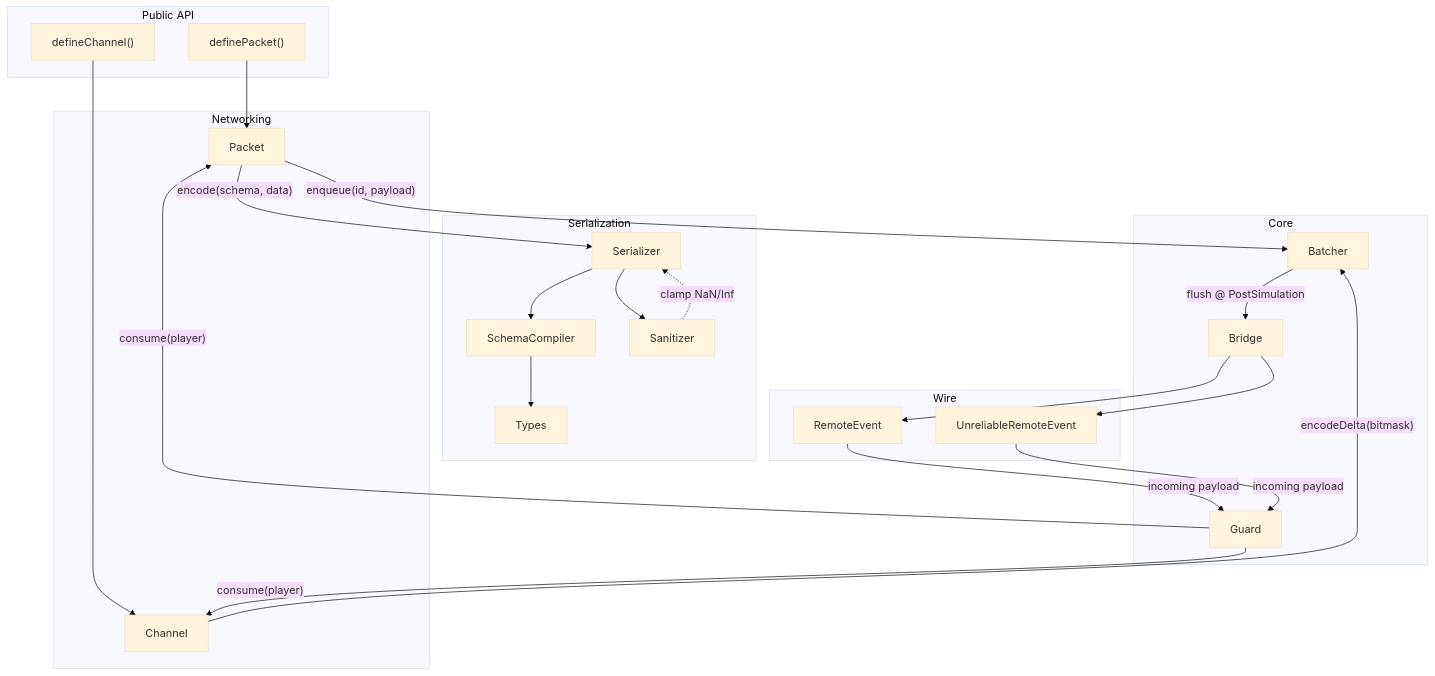
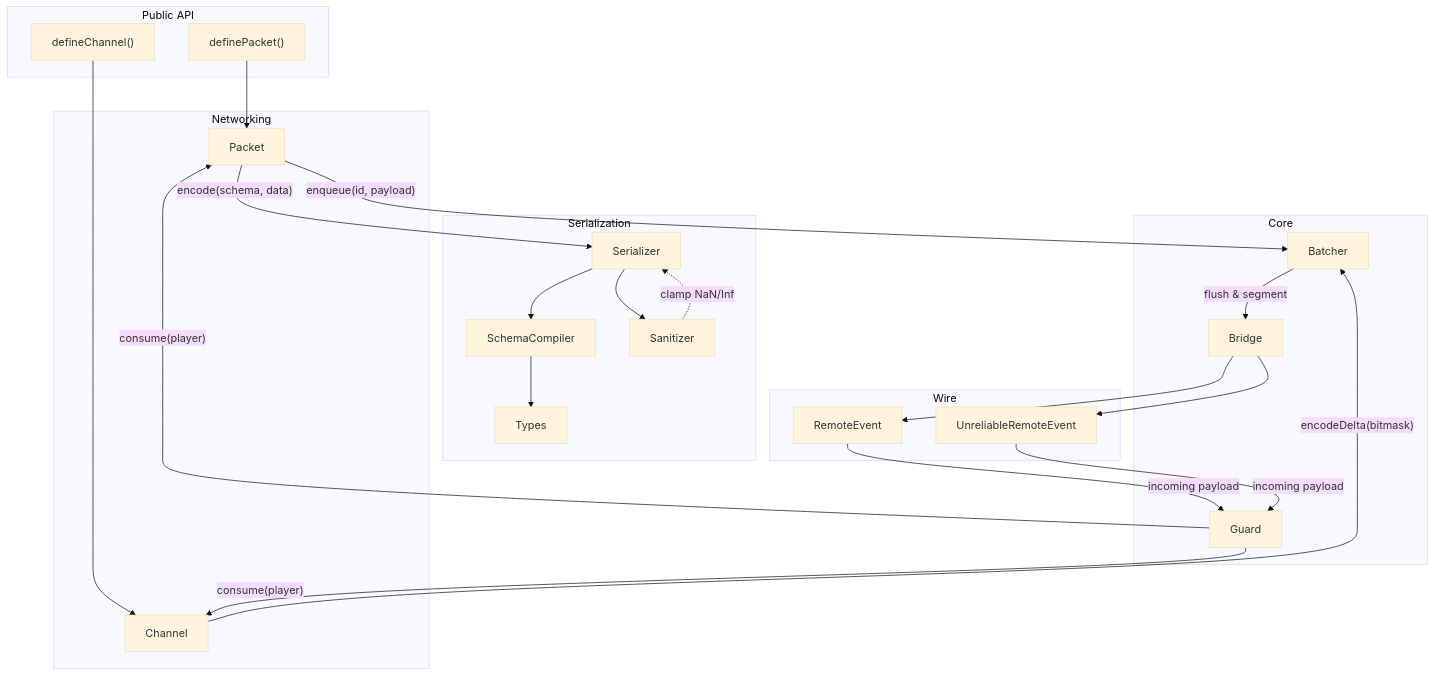
One commit to protheeuz/satset changed the diagram in README.md. Above: the diagram before and after it, drawn with Mermaid (base theme). The commit also changed other lines of this file and 3 other files, not shown here.

````diff
--- a/README.md
+++ b/README.md
@@ -71,54 +81,54 @@
 ```mermaid
 flowchart TB
     subgraph API["Public API"]
         DP["definePacket()"]
         DC["defineChannel()"]
     end
 
     subgraph Serialization
         SC["SchemaCompiler"]
         SR["Serializer"]
         SN["Sanitizer"]
         TP["Types"]
     end
 
     subgraph Core
         BT["Batcher"]
         GD["Guard"]
         BR["Bridge"]
     end
 
     subgraph Networking
         PK["Packet"]
         CH["Channel"]
     end
 
     subgraph Transport["Wire"]
         RE["RemoteEvent"]
         URE["UnreliableRemoteEvent"]
     end
 
     DP --> PK
     DC --> CH
 
     PK -->|"encode(schema, data)"| SR
     SR --> SC
     SR --> SN
     SC --> TP
 
     PK -->|"enqueue(id, payload)"| BT
     CH -->|"encodeDelta(bitmask)"| BT
 
-    BT -->|"flush @ PostSimulation"| BR
+    BT -->|"flush & segment"| BR
 
     BR --> RE
     BR --> URE
 
     RE -->|"incoming payload"| GD
     URE -->|"incoming payload"| GD
 
     GD -->|"consume(player)"| PK
     GD -->|"consume(player)"| CH
 
     SN -.->|"clamp NaN/Inf"| SR
 ```
````
